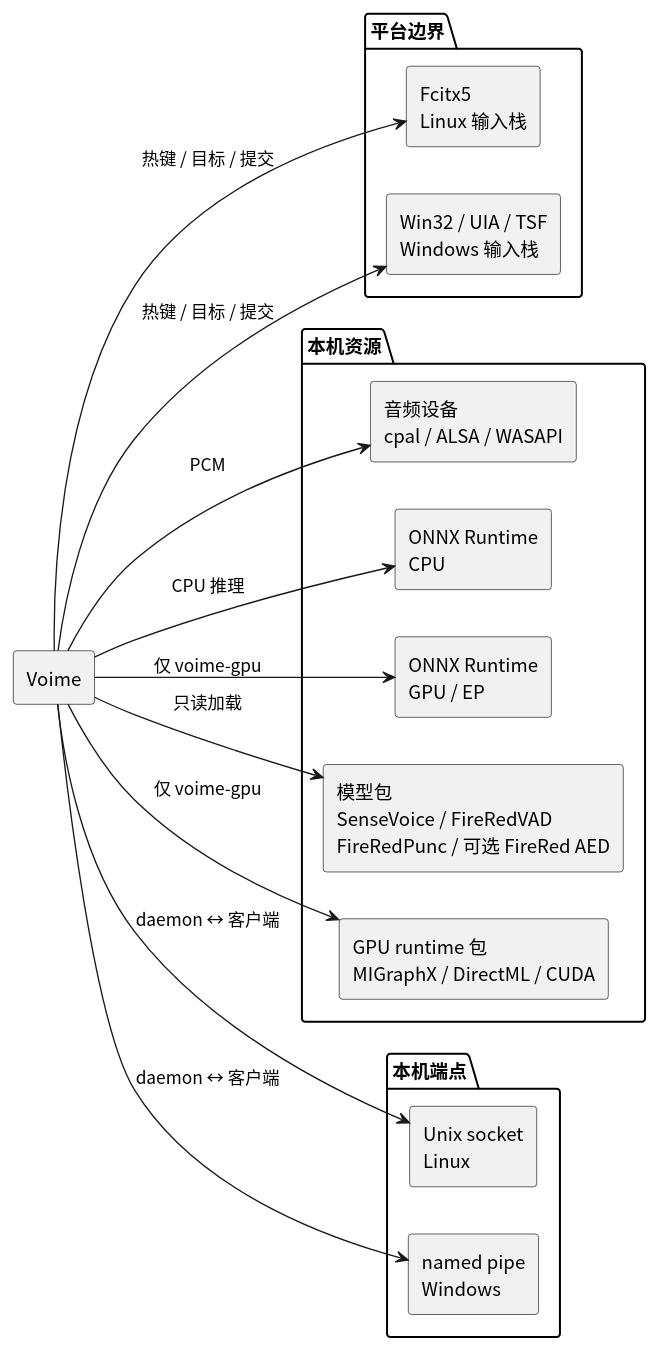
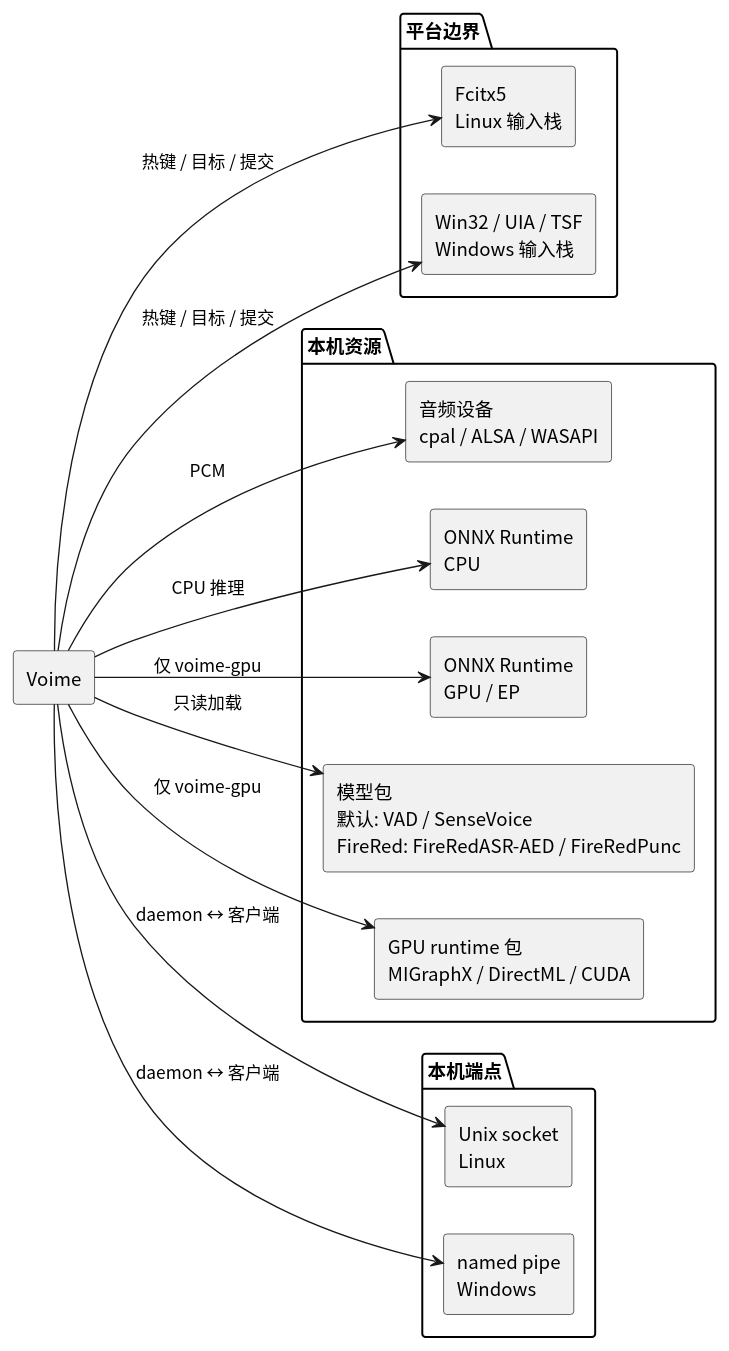
One commit to 54m43lJ/voime changed the diagram in diagram/provider-map.puml. Above: the diagram before and after it, drawn with PlantUML. The commit also changed 127 other files, not shown here.

```diff
--- a/diagram/provider-map.puml
+++ b/diagram/provider-map.puml
@@ -1,36 +1,36 @@
 @startuml
 skinparam defaultFontName "Noto Sans CJK SC"
 skinparam shadowing false
 skinparam componentStyle rectangle
 left to right direction
 
 component "Voime" as Voime
 
 package "平台边界" {
   component "Fcitx5\nLinux 输入栈" as Fcitx
   component "Win32 / UIA / TSF\nWindows 输入栈" as Win
 }
 
 package "本机资源" {
   component "音频设备\ncpal / ALSA / WASAPI" as Audio
   component "ONNX Runtime\nCPU" as OrtCpu
   component "ONNX Runtime\nGPU / EP" as OrtGpu
-  component "模型包\nSenseVoice / FireRedVAD\nFireRedPunc / 可选 FireRed AED" as Models
+  component "模型包\n默认: VAD / SenseVoice\nFireRed: FireRedASR-AED / FireRedPunc" as Models
   component "GPU runtime 包\nMIGraphX / DirectML / CUDA" as Runtime
 }
 
 package "本机端点" {
   component "Unix socket\nLinux" as Unix
   component "named pipe\nWindows" as Pipe
 }
 
 Voime --> Fcitx : 热键 / 目标 / 提交
 Voime --> Win : 热键 / 目标 / 提交
 Voime --> Audio : PCM
 Voime --> OrtCpu : CPU 推理
 Voime --> Models : 只读加载
 Voime --> Unix : daemon ↔ 客户端
 Voime --> Pipe : daemon ↔ 客户端
 Voime --> OrtGpu : 仅 voime-gpu
 Voime --> Runtime : 仅 voime-gpu
 @enduml
```
